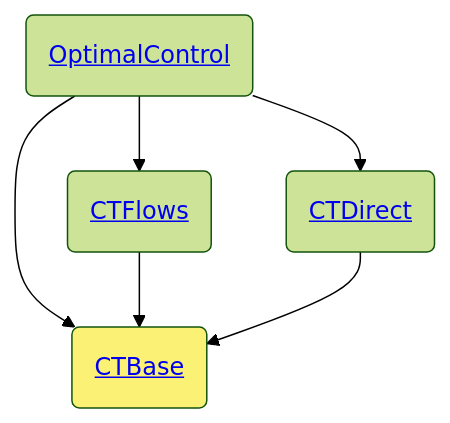
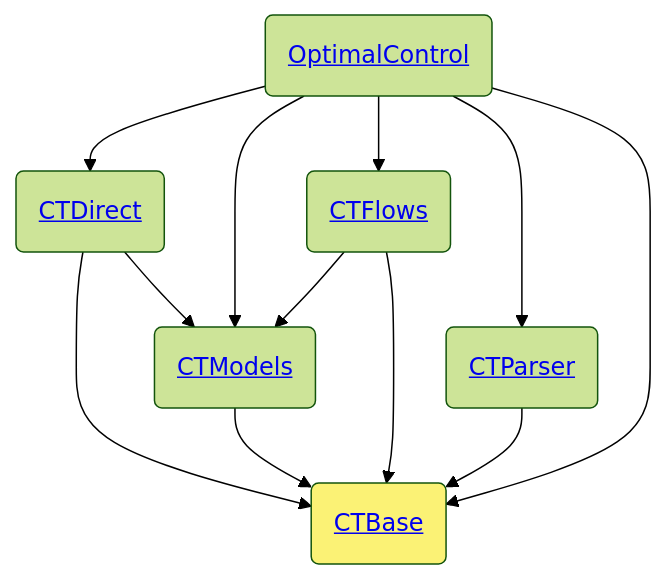
One commit to control-toolbox/CTBase.jl changed the diagram in docs/src/index.md. Above: the diagram before and after it, drawn with Mermaid (forest theme). The commit also changed 15 other files, not shown here.

````diff
--- a/docs/src/index.md
+++ b/docs/src/index.md
@@ -9,9 +9,21 @@
 ```mermaid
 flowchart TD
-O(<a href='https://control-toolbox.org/OptimalControl.jl/stable/'>OptimalControl</a>) --> B(<a href='https://control-toolbox.org/OptimalControl.jl/stable/api-ctbase.html'>CTBase</a>)
-O --> D(<a href='https://control-toolbox.org/OptimalControl.jl/stable/api-ctdirect.html'>CTDirect</a>)
-O --> F(<a href='https://control-toolbox.org/OptimalControl.jl/stable/api-ctflows.html'>CTFlows</a>)
+B(<a href='https://control-toolbox.org/OptimalControl.jl/stable/api-ctbase.html'>CTBase</a>)
+M(<a href='https://control-toolbox.org/OptimalControl.jl/stable/api-ctmodels.html'>CTModels</a>)
+P(<a href='https://control-toolbox.org/OptimalControl.jl/stable/api-ctparser.html'>CTParser</a>)
+O(<a href='https://control-toolbox.org/OptimalControl.jl/stable/api-optimalcontrol.html'>OptimalControl</a>)
+D(<a href='https://control-toolbox.org/OptimalControl.jl/stable/api-ctdirect.html'>CTDirect</a>)
+F(<a href='https://control-toolbox.org/OptimalControl.jl/stable/api-ctflows.html'>CTFlows</a>)
+O --> D
+O --> M
+O --> F
+O --> P
+F --> M
+O --> B
 F --> B
 D --> B
+D --> M
+P --> B
+M --> B
 style B fill:#FBF275
 ```
````
